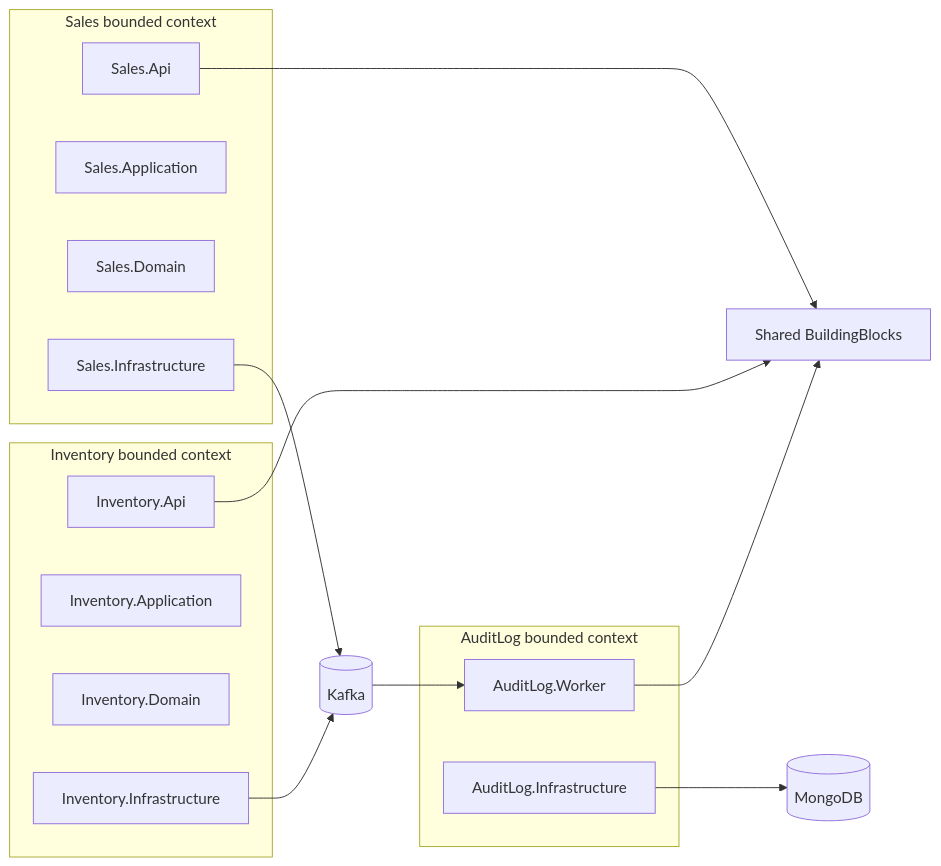
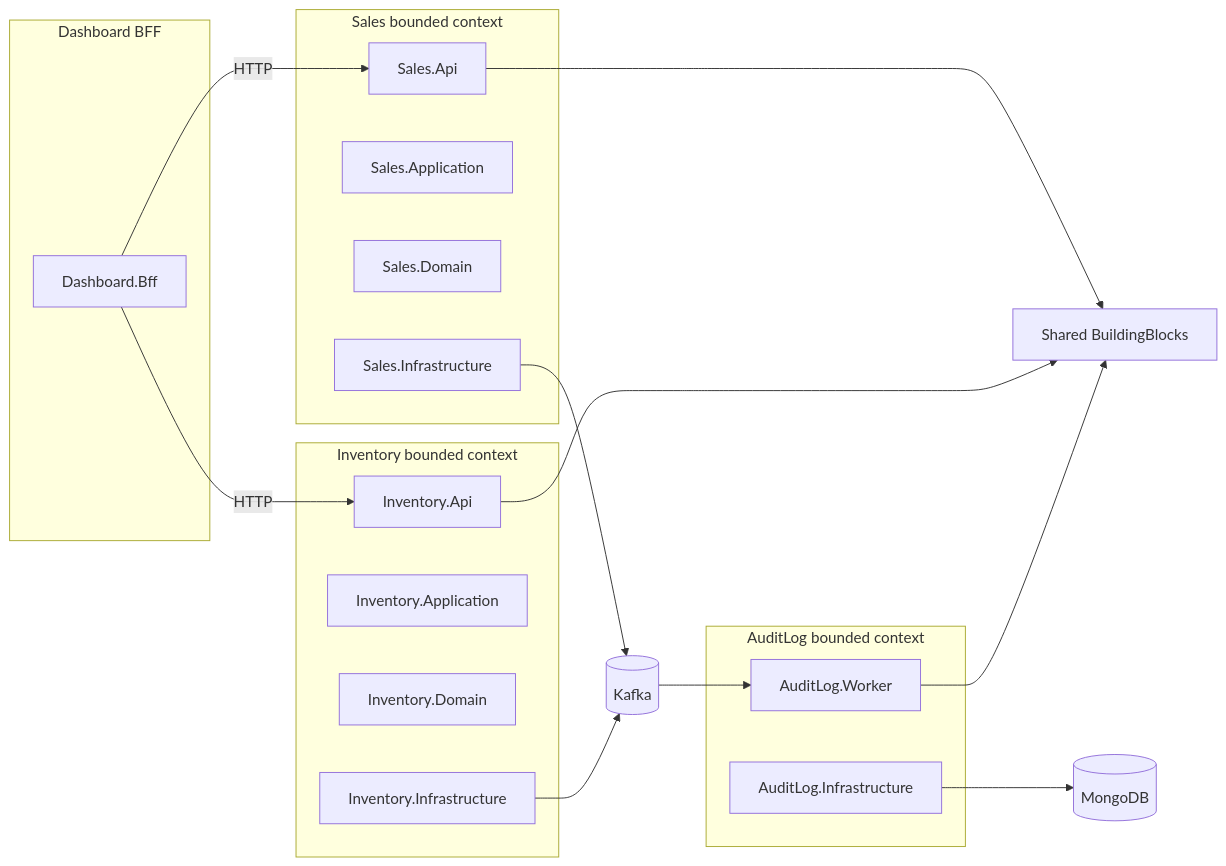
The first of 2 diagrams in docs/tech/code-map.md (dangph299/Sales-project), drawn with Mermaid before and after one commit. The commit also changed other lines of this file and 59 other files, not shown here.

Commit message:
Implement Dashboard BFF snapshot flow

````diff
--- a/docs/tech/code-map.md
+++ b/docs/tech/code-map.md
@@ -33,30 +35,36 @@
 ```mermaid
 flowchart LR
     subgraph Sales[Sales bounded context]
         SalesApi[Sales.Api]
         SalesApp[Sales.Application]
         SalesDomain[Sales.Domain]
         SalesInfra[Sales.Infrastructure]
     end
 
     subgraph Inventory[Inventory bounded context]
         InvApi[Inventory.Api]
         InvApp[Inventory.Application]
         InvDomain[Inventory.Domain]
         InvInfra[Inventory.Infrastructure]
     end
 
     subgraph AuditLog[AuditLog bounded context]
         AuditWorker[AuditLog.Worker]
         AuditInfra[AuditLog.Infrastructure]
     end
 
+    subgraph Dashboard[Dashboard BFF]
+        DashboardBff[Dashboard.Bff]
+    end
+
     Shared[Shared BuildingBlocks]
+    DashboardBff -- HTTP --> SalesApi
+    DashboardBff -- HTTP --> InvApi
     SalesInfra --> Kafka[(Kafka)]
     InvInfra --> Kafka
     Kafka --> AuditWorker
     AuditInfra --> Mongo[(MongoDB)]
     SalesApi --> Shared
     InvApi --> Shared
     AuditWorker --> Shared
 ```
````
